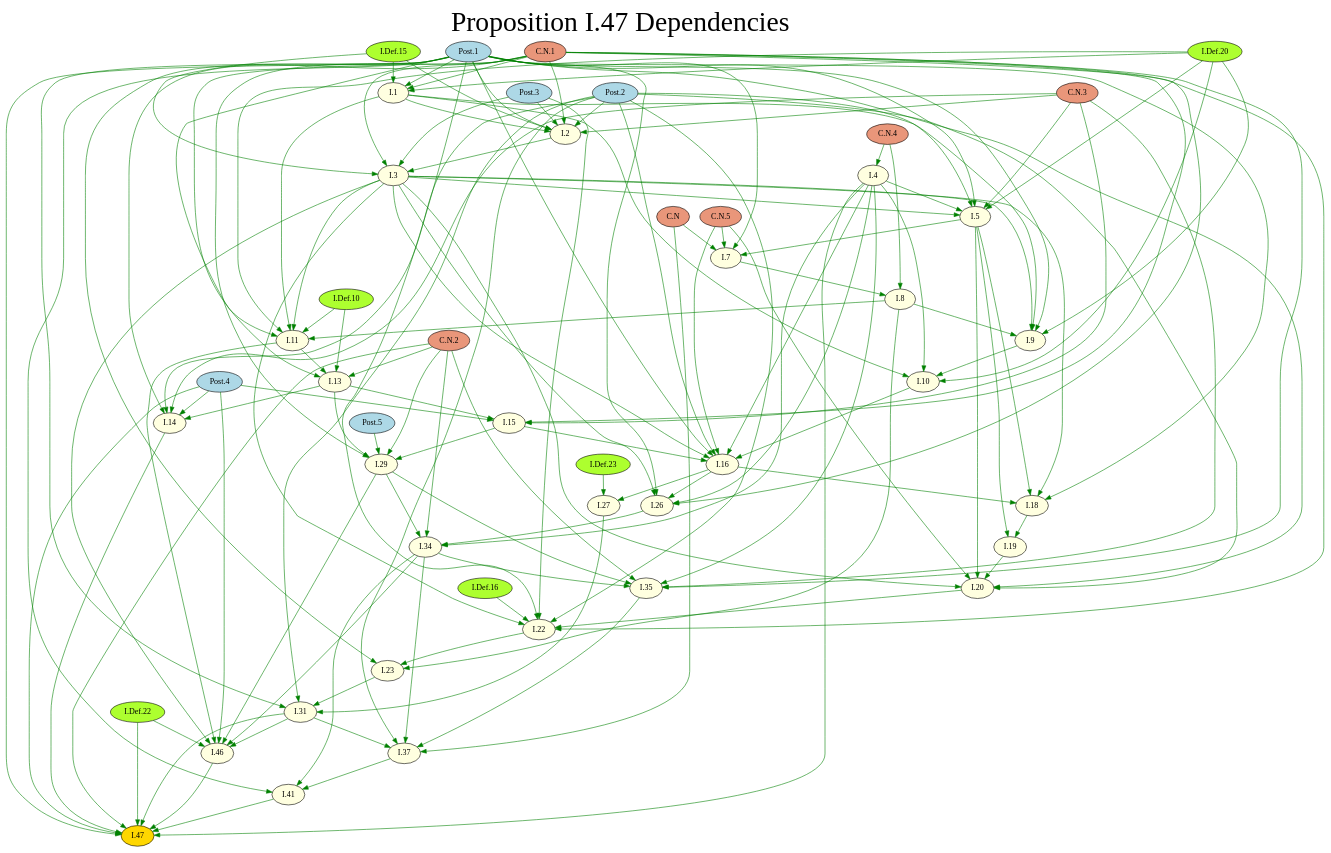
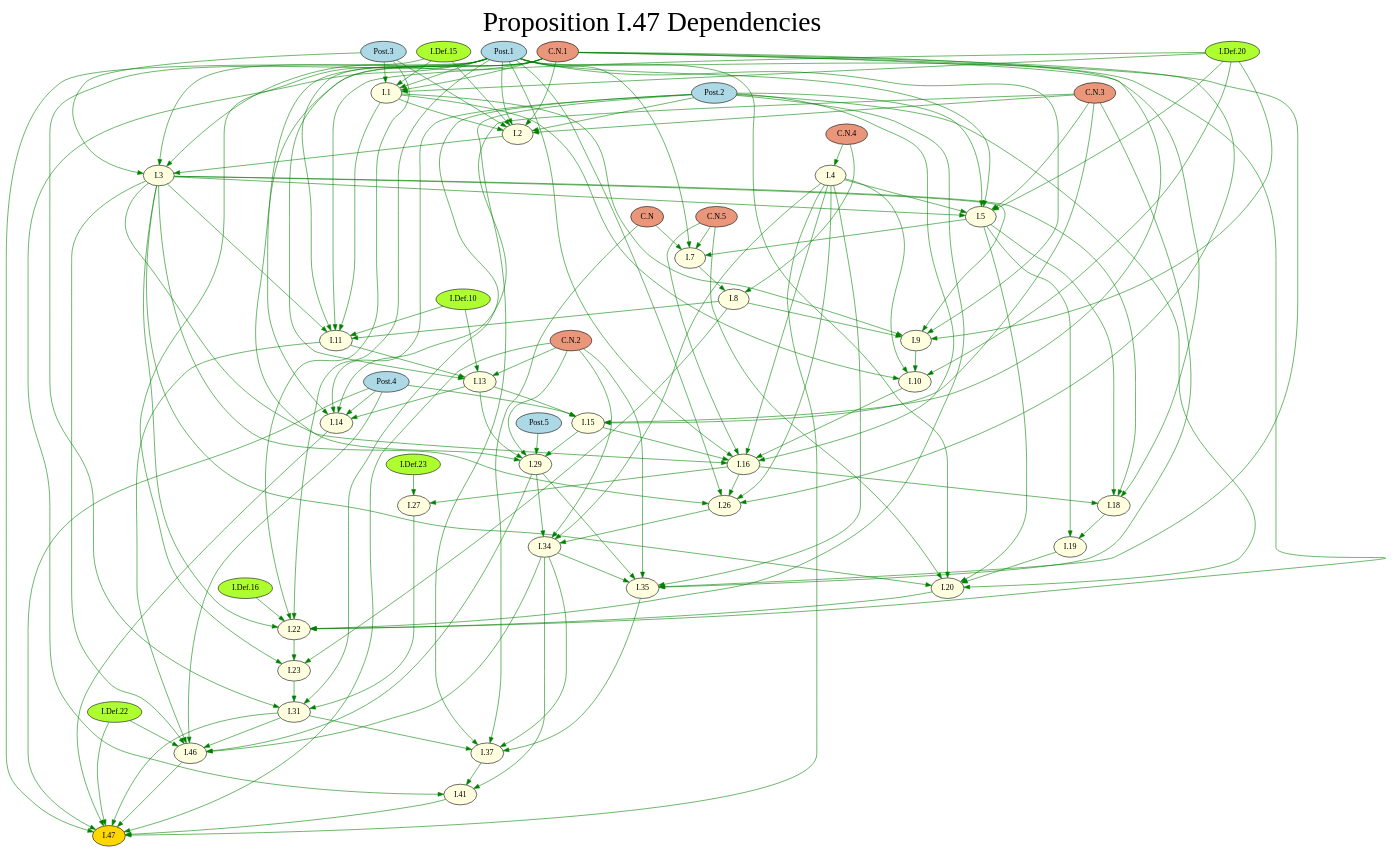
Before and after one commit to bakerjd99/jacks: the diagram in eucgvuts/euclid_i_47_dependencies.gv, drawn with Graphviz. The commit also changed 8 other files, not shown here.

```diff
--- a/eucgvuts/euclid_i_47_dependencies.gv
+++ b/eucgvuts/euclid_i_47_dependencies.gv
@@ -155,6 +155,7 @@
 "I.35" -> "I.37";
 "I.34" -> "I.37";
 "C.N" -> "I.37";
+"Post.3" -> "I.1";
 "Post.1" -> "I.1";
 "I.Def.15" -> "I.1";
 "C.N.1" -> "I.1";
```
